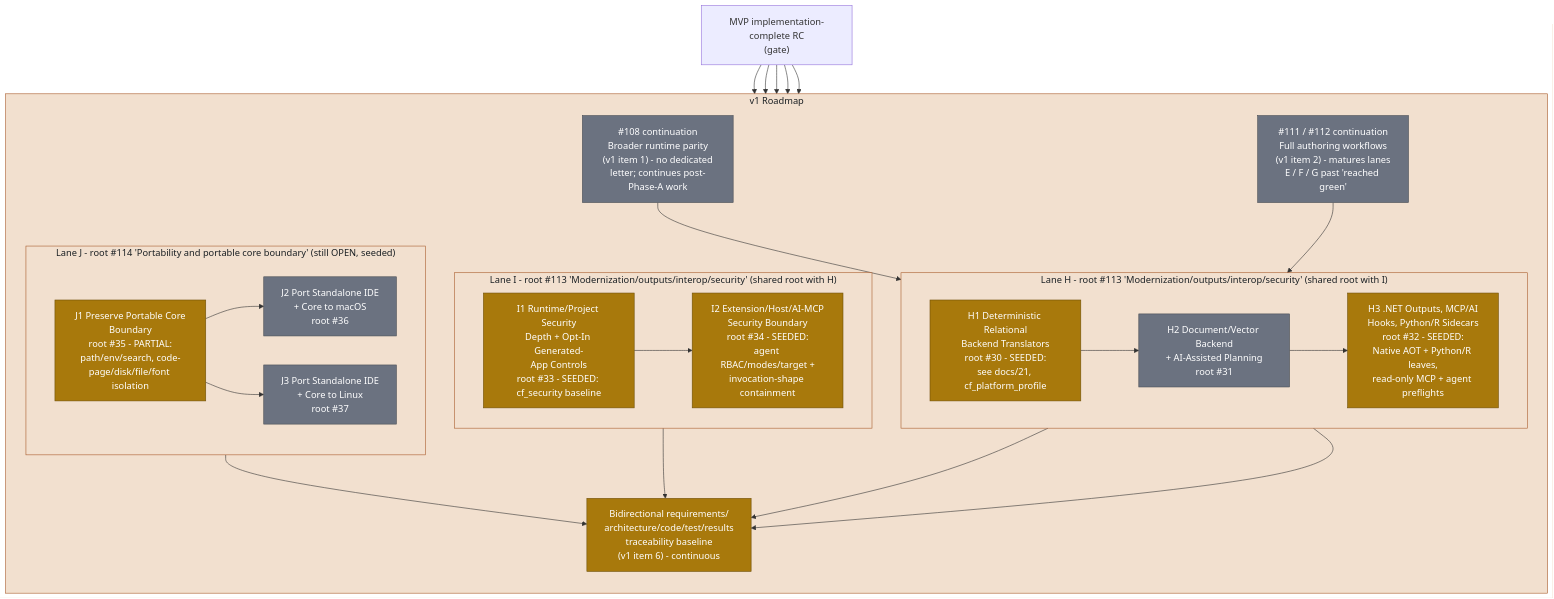
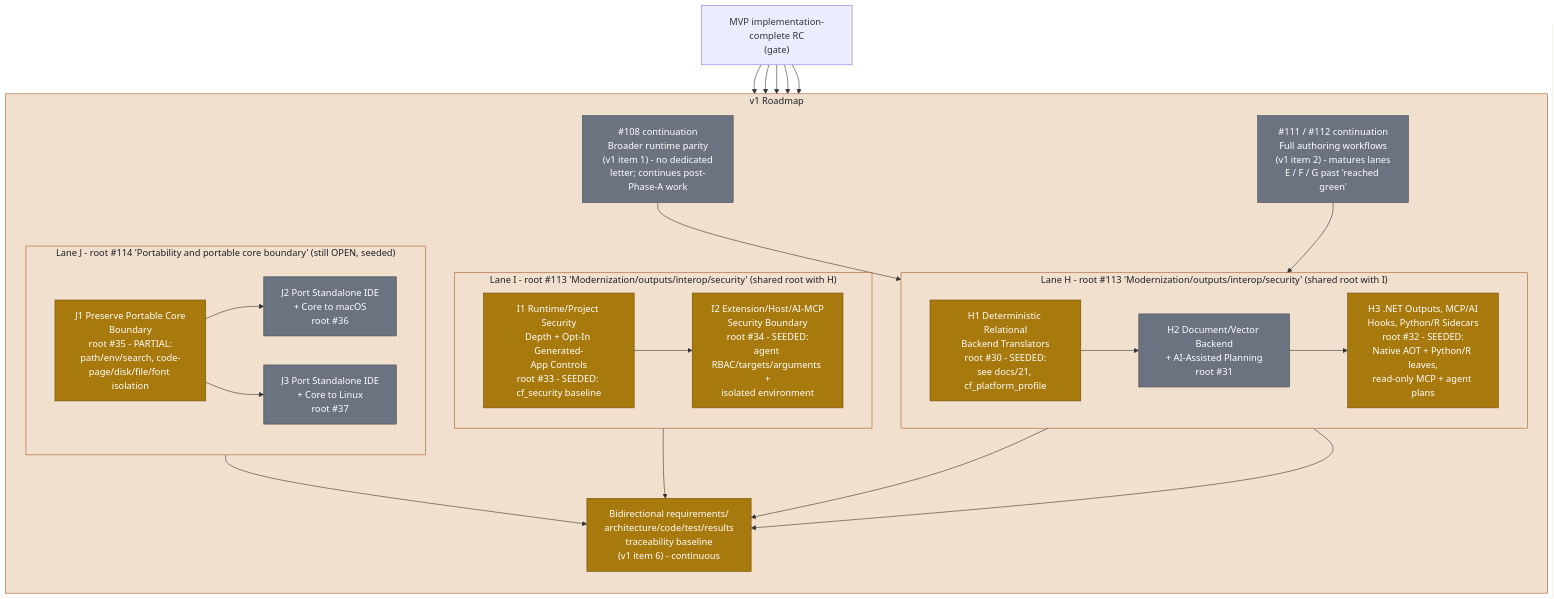
The diagram in docs/diagrams/roadmap-v1-lanes-hij.md (rhamenator/Project-Copperfin), drawn with Mermaid before and after one commit. The commit also changed other lines of this file and 16 other files, not shown here.

Commit message:
Construct isolated workspace-agent environment

````diff
--- a/docs/diagrams/roadmap-v1-lanes-hij.md
+++ b/docs/diagrams/roadmap-v1-lanes-hij.md
@@ -10,60 +10,60 @@
 ```mermaid
 flowchart TB
     classDef partial fill:#a8790c,stroke:#6e4f07,color:#ffffff,stroke-width:1px;
     classDef planned fill:#6b7280,stroke:#484d54,color:#ffffff,stroke-width:1px;
     classDef lane fill:#f2e0cf,stroke:#a85a2a,color:#1b2024,stroke-width:1px;
 
     MVP["MVP implementation-complete RC<br/>(gate)"]
 
     subgraph V1["v1 Roadmap"]
       direction TB
 
       CONT1["#108 continuation<br/>Broader runtime parity<br/>(v1 item 1) - no dedicated<br/>letter; continues post-Phase-A work"]
       CONT2["#111 / #112 continuation<br/>Full authoring workflows<br/>(v1 item 2) - matures lanes<br/>E / F / G past 'reached green'"]
 
       subgraph LANEH["Lane H - root #113 'Modernization/outputs/interop/security' (shared root with I)"]
         direction LR
         H1["H1 Deterministic Relational<br/>Backend Translators<br/>root #30 - SEEDED:<br/>see docs/21, cf_platform_profile"]
         H2["H2 Document/Vector Backend<br/>+ AI-Assisted Planning<br/>root #31"]
-        H3["H3 .NET Outputs, MCP/AI<br/>Hooks, Python/R Sidecars<br/>root #32 - SEEDED:<br/>Native AOT + Python/R leaves,<br/>read-only MCP + agent preflights"]
+        H3["H3 .NET Outputs, MCP/AI<br/>Hooks, Python/R Sidecars<br/>root #32 - SEEDED:<br/>Native AOT + Python/R leaves,<br/>read-only MCP + agent plans"]
         H1 --> H2 --> H3
       end
 
       subgraph LANEI["Lane I - root #113 'Modernization/outputs/interop/security' (shared root with H)"]
         direction LR
         I1["I1 Runtime/Project Security<br/>Depth + Opt-In Generated-<br/>App Controls<br/>root #33 - SEEDED: cf_security baseline"]
-        I2["I2 Extension/Host/AI-MCP<br/>Security Boundary<br/>root #34 - SEEDED:<br/>agent RBAC/modes/target +<br/>invocation-shape containment"]
+        I2["I2 Extension/Host/AI-MCP<br/>Security Boundary<br/>root #34 - SEEDED:<br/>agent RBAC/targets/arguments +<br/>isolated environment"]
         I1 --> I2
       end
 
       subgraph LANEJ["Lane J - root #114 'Portability and portable core boundary' (still OPEN, seeded)"]
         direction LR
         J1["J1 Preserve Portable Core<br/>Boundary<br/>root #35 - PARTIAL:<br/>path/env/search, code-page/disk/file/font isolation"]
         J2["J2 Port Standalone IDE<br/>+ Core to macOS<br/>root #36"]
         J3["J3 Port Standalone IDE<br/>+ Core to Linux<br/>root #37"]
         J1 --> J2
         J1 --> J3
       end
 
       TRACE["Bidirectional requirements/<br/>architecture/code/test/results<br/>traceability baseline<br/>(v1 item 6) - continuous"]
     end
 
     MVP --> CONT1
     MVP --> CONT2
     MVP --> LANEH
     MVP --> LANEI
     MVP --> LANEJ
     CONT1 --> H1
     CONT2 --> H3
     H1 --> TRACE
     H3 --> TRACE
     I2 --> TRACE
     J1 --> TRACE
 
     class CONT1,CONT2 planned;
     class H1,H3,I1,I2,J1 partial;
     class H2 planned;
     class J2,J3 planned;
     class TRACE partial;
     class V1,LANEH,LANEI,LANEJ lane;
 ```
````
